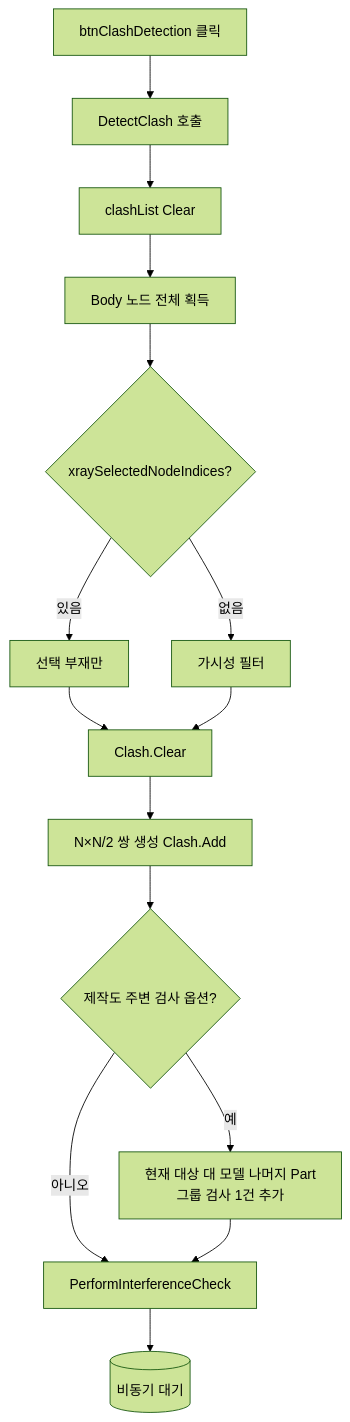
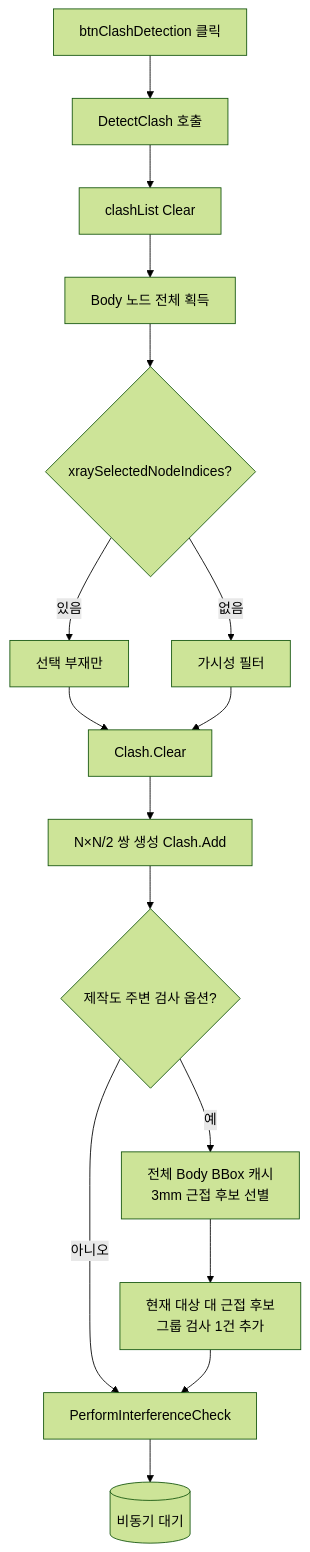
Before and after one commit to uuuuj/a2z: the diagram in docs/기능/간섭검사/간섭검사 실행.md, drawn with Mermaid (forest theme). The commit also changed other lines of this file and 12 other files, not shown here.

````diff
--- a/docs/기능/간섭검사/간섭검사 실행.md
+++ b/docs/기능/간섭검사/간섭검사 실행.md
@@ -29,17 +29,18 @@
 ```mermaid
 flowchart TD
     A[btnClashDetection 클릭] --> B[DetectClash 호출]
     B --> C[clashList Clear]
     C --> D[Body 노드 전체 획득]
     D --> E{xraySelectedNodeIndices?}
     E -- 있음 --> F[선택 부재만]
     E -- 없음 --> G[가시성 필터]
     F --> H[Clash.Clear]
     G --> H
     H --> I[N×N/2 쌍 생성 Clash.Add]
     I --> I2{제작도 주변 검사 옵션?}
-    I2 -- 예 --> I3[현재 대상 대 모델 나머지 Part<br/>그룹 검사 1건 추가]
+    I2 -- 예 --> I3[전체 Body BBox 캐시<br/>3mm 근접 후보 선별]
+    I3 --> I4[현재 대상 대 근접 후보<br/>그룹 검사 1건 추가]
     I2 -- 아니오 --> J[PerformInterferenceCheck]
-    I3 --> J
+    I4 --> J
     J --> K[(비동기 대기)]
 ```
````
